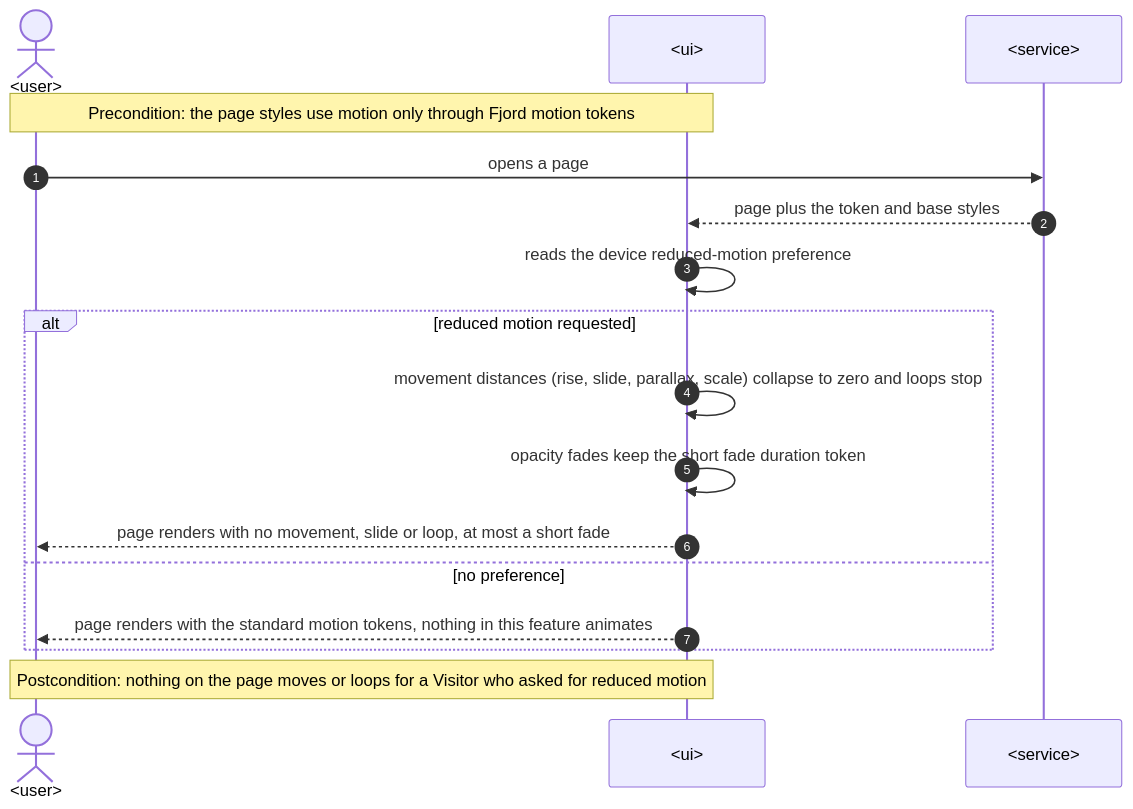
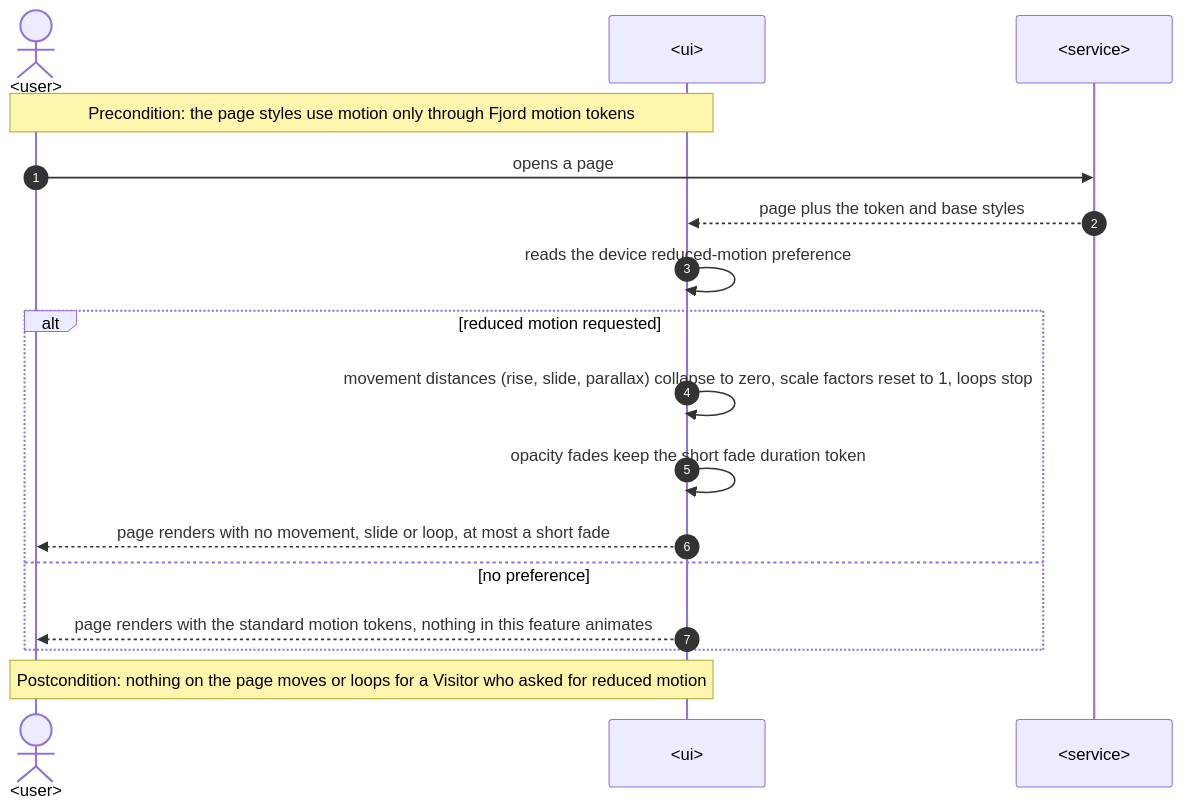
One commit to Ponomaleks/alpon.dev changed the eighth of 8 diagrams in docs/features/fjord-foundation/sad.md. Above: the diagram before and after it, drawn with Mermaid. The commit also changed other lines of this file and 7 other files, not shown here.

````diff
--- a/docs/features/fjord-foundation/sad.md
+++ b/docs/features/fjord-foundation/sad.md
@@ -332,20 +332,20 @@
 ```mermaid
 sequenceDiagram
     autonumber
     actor U as <user>
     participant UI as <ui>
     participant S as <service>
 
     Note over U,UI: Precondition: the page styles use motion only through Fjord motion tokens
     U->>S: opens a page
     S-->>UI: page plus the token and base styles
     UI->>UI: reads the device reduced-motion preference
     alt reduced motion requested
-        UI->>UI: movement distances (rise, slide, parallax, scale) collapse to zero and loops stop
+        UI->>UI: movement distances (rise, slide, parallax) collapse to zero, scale factors reset to 1, loops stop
         UI->>UI: opacity fades keep the short fade duration token
         UI-->>U: page renders with no movement, slide or loop, at most a short fade
     else no preference
         UI-->>U: page renders with the standard motion tokens, nothing in this feature animates
     end
     Note over U,UI: Postcondition: nothing on the page moves or loops for a Visitor who asked for reduced motion
 ```
````
